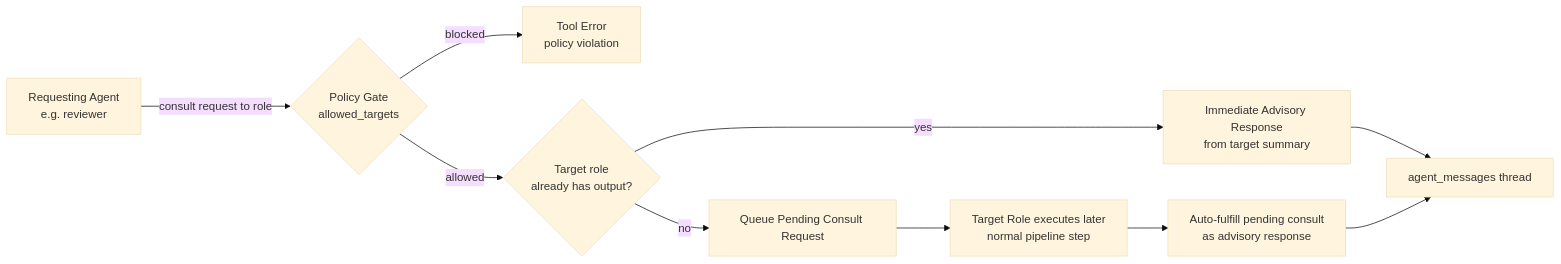
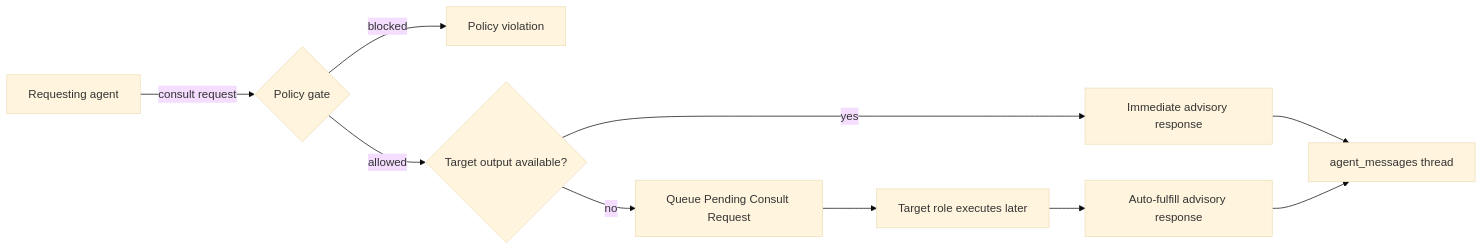
The fifth of 18 diagrams in README.md (rigovo/rigovo-virtual-team), drawn with Mermaid (base theme) before and after one commit. The commit also changed other lines of this file and 51 other files, not shown here.

````diff
--- a/README.md
+++ b/README.md
@@ -433,12 +470,12 @@
 ```mermaid
 flowchart LR
-    A[Requesting Agent<br/>e.g. reviewer] -->|consult request to role| P{Policy Gate<br/>allowed_targets}
-    P -->|blocked| ERR[Tool Error<br/>policy violation]
-    P -->|allowed| READY{Target role<br/>already has output?}
-    READY -->|yes| IMM[Immediate Advisory Response<br/>from target summary]
+    A["Requesting agent"] -->|"consult request"| P{"Policy gate"}
+    P -->|blocked| ERR["Policy violation"]
+    P -->|allowed| READY{"Target output available?"}
+    READY -->|yes| IMM["Immediate advisory response"]
     READY -->|no| Q[Queue Pending Consult Request]
-    Q --> TGT[Target Role executes later<br/>normal pipeline step]
-    TGT --> AUTO[Auto-fulfill pending consult<br/>as advisory response]
+    Q --> TGT["Target role executes later"]
+    TGT --> AUTO["Auto-fulfill advisory response"]
     IMM --> THREAD[agent_messages thread]
     AUTO --> THREAD
 ```
````
